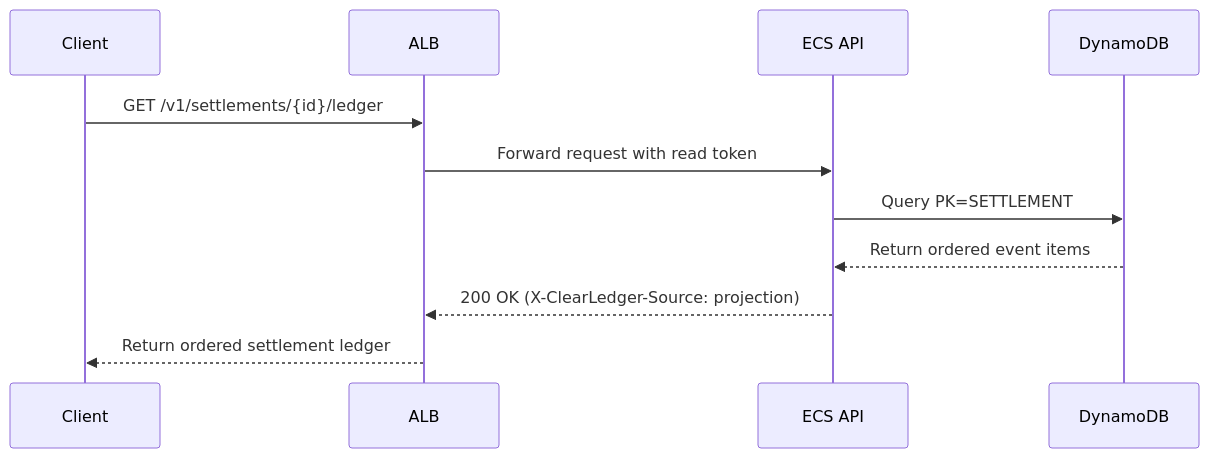
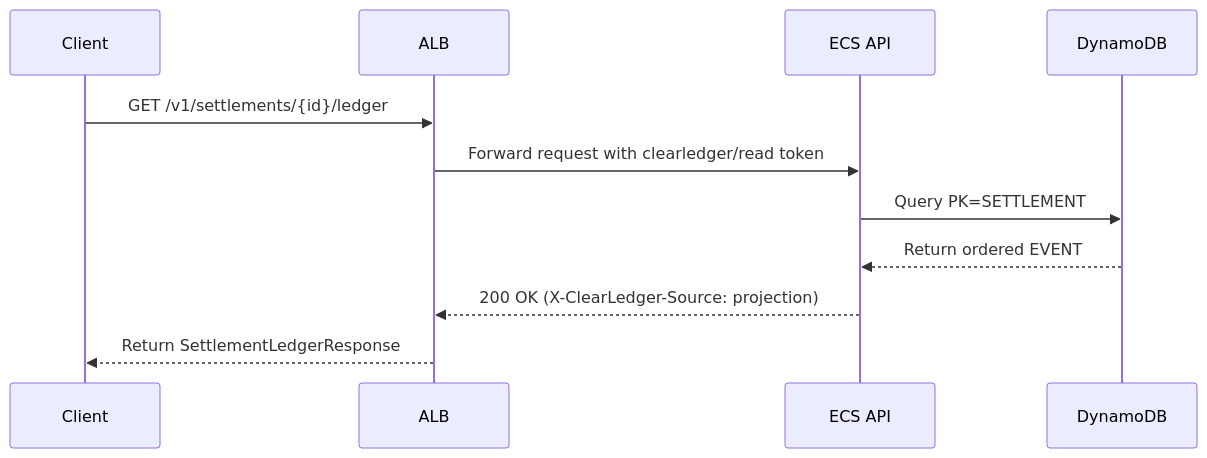
The fifth of 8 diagrams in reasoning.md (git-azeez/aw-az-01), drawn with Mermaid before and after one commit. The commit also changed other lines of this file and 1 other file, not shown here.

````diff
--- a/reasoning.md
+++ b/reasoning.md
@@ -176,14 +175,14 @@
 ```mermaid
 sequenceDiagram
     participant Client
     participant ALB
     participant API as ECS API
     participant DDB as DynamoDB
 
     Client->>ALB: GET /v1/settlements/{id}/ledger
-    ALB->>API: Forward request with read token
-    API->>DDB: Query PK=SETTLEMENT#{id} and SK begins_with EVENT#
-    DDB-->>API: Return ordered event items
+    ALB->>API: Forward request with clearledger/read token
+    API->>DDB: Query PK=SETTLEMENT#{id} AND begins_with(SK, 'EVENT#')
+    DDB-->>API: Return ordered EVENT# items
     API-->>ALB: 200 OK (X-ClearLedger-Source: projection)
-    ALB-->>Client: Return ordered settlement ledger
+    ALB-->>Client: Return SettlementLedgerResponse
 ```
````
